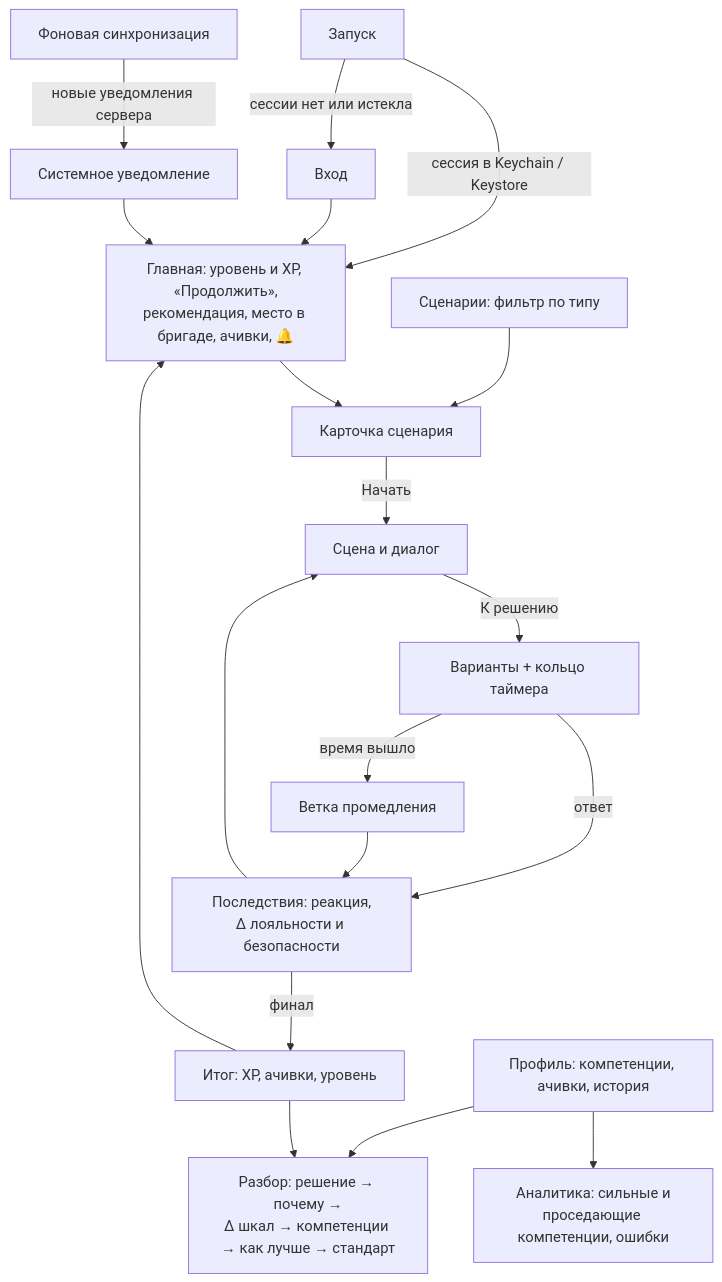
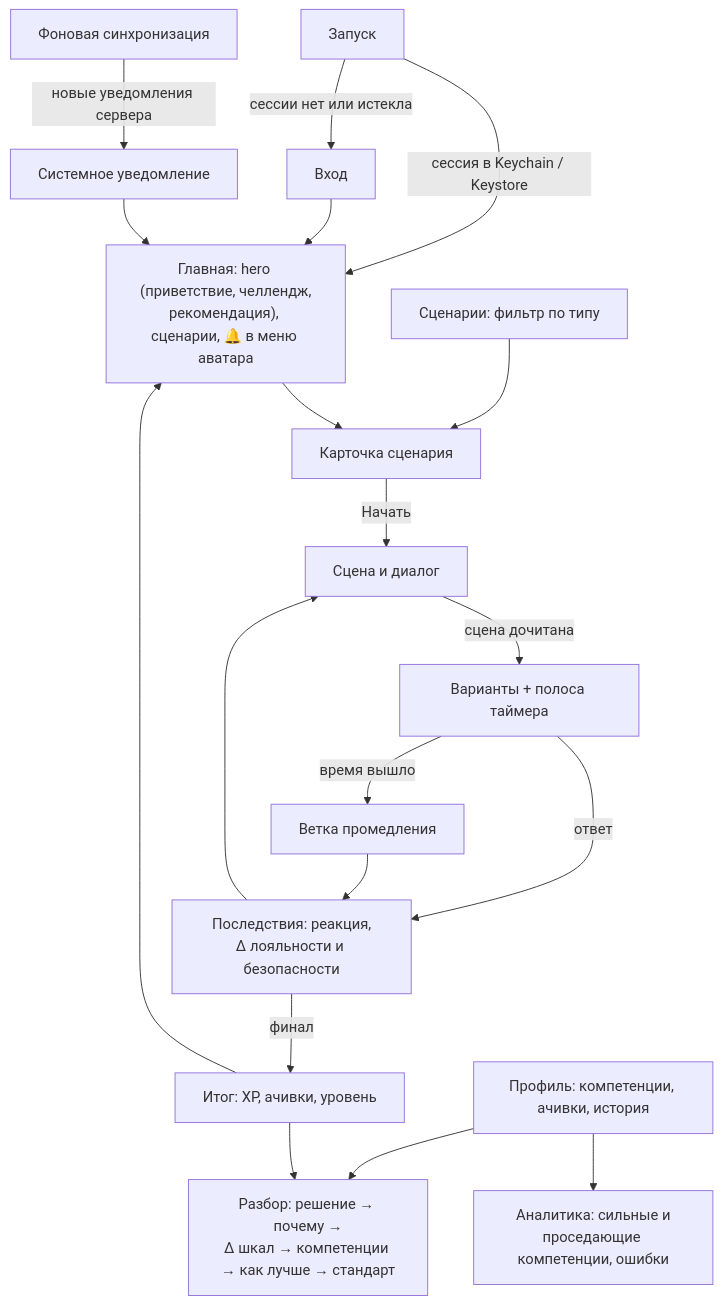
The second of 2 diagrams in docs/USER_FLOW.md (kelw1n25/vsm-trainer), drawn with Mermaid before and after one commit. The commit also changed other lines of this file and 7 other files, not shown here.

````diff
--- a/docs/USER_FLOW.md
+++ b/docs/USER_FLOW.md
@@ -75,17 +75,17 @@
 ```mermaid
 flowchart TD
     LA["Запуск"] -->|"сессия в Keychain / Keystore"| HO
     LA -->|"сессии нет или истекла"| LO["Вход"] --> HO
-    HO["Главная: уровень и XP, «Продолжить»,<br/>рекомендация, место в бригаде, ачивки, 🔔"] --> SD
+    HO["Главная: hero (приветствие, челлендж,<br/>рекомендация), сценарии, 🔔 в меню аватара"] --> SD
     CAT["Сценарии: фильтр по типу"] --> SD["Карточка сценария"]
     SD -->|"Начать"| PL["Сцена и диалог"]
-    PL -->|"К решению"| CH["Варианты + кольцо таймера"]
+    PL -->|"сцена дочитана"| CH["Варианты + полоса таймера"]
     CH -->|"ответ"| CO["Последствия: реакция,<br/>Δ лояльности и безопасности"]
     CH -->|"время вышло"| TO["Ветка промедления"] --> CO
     CO --> PL
     CO -->|"финал"| FI["Итог: XP, ачивки, уровень"] --> DE["Разбор: решение → почему →<br/>Δ шкал → компетенции → как лучше → стандарт"]
     FI --> HO
     PR["Профиль: компетенции, ачивки, история"] --> AN["Аналитика: сильные и<br/>проседающие компетенции, ошибки"]
     PR --> DE
     BG["Фоновая синхронизация"] -->|"новые уведомления сервера"| PUSH["Системное уведомление"] --> HO
 ```
````
